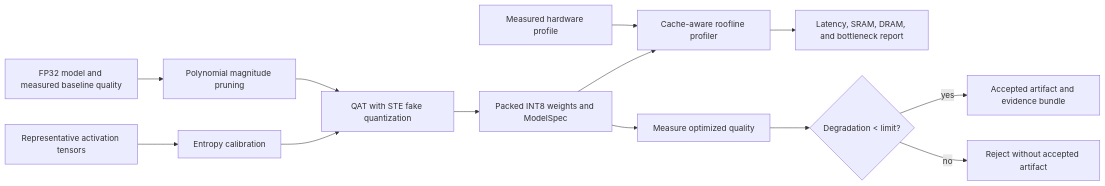
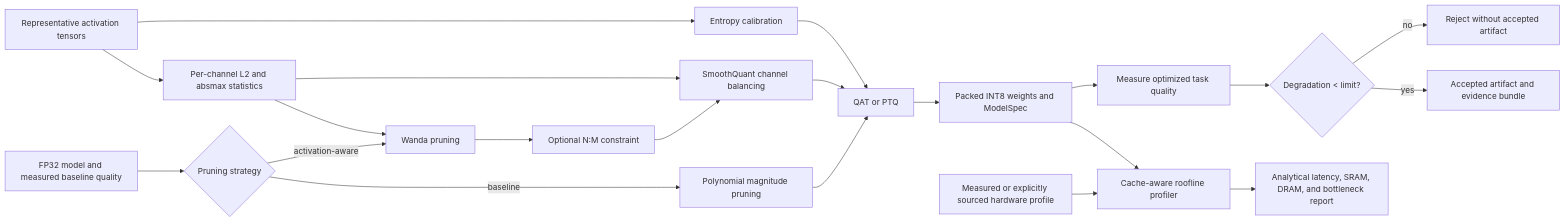
The diagram in docs/architecture.md (UllasP0707/Edge-Opt), drawn with Mermaid before and after one commit. The commit also changed other lines of this file and 5 other files, not shown here.

````diff
--- a/docs/architecture.md
+++ b/docs/architecture.md
@@ -10,15 +10,23 @@
 ```mermaid
 flowchart LR
-  A["FP32 model and measured baseline quality"] --> B["Polynomial magnitude pruning"]
-  B --> C["QAT with STE fake quantization"]
-  D["Representative activation tensors"] --> E["Entropy calibration"]
-  E --> C
-  C --> F["Packed INT8 weights and ModelSpec"]
-  G["Measured hardware profile"] --> H["Cache-aware roofline profiler"]
-  F --> H
-  H --> I["Latency, SRAM, DRAM, and bottleneck report"]
-  F --> J["Measure optimized quality"]
-  J --> K{"Degradation < limit?"}
-  K -->|yes| L["Accepted artifact and evidence bundle"]
-  K -->|no| M["Reject without accepted artifact"]
+  A["FP32 model and measured baseline quality"] --> B{"Pruning strategy"}
+  B -->|baseline| C["Polynomial magnitude pruning"]
+  B -->|activation-aware| D["Wanda pruning"]
+  E["Representative activation tensors"] --> F["Per-channel L2 and absmax statistics"]
+  F --> D
+  D --> G["Optional N:M constraint"]
+  F --> H["SmoothQuant channel balancing"]
+  C --> I["QAT or PTQ"]
+  G --> H
+  H --> I
+  E --> J["Entropy calibration"]
+  J --> I
+  I --> K["Packed INT8 weights and ModelSpec"]
+  L["Measured or explicitly sourced hardware profile"] --> M["Cache-aware roofline profiler"]
+  K --> M
+  M --> N["Analytical latency, SRAM, DRAM, and bottleneck report"]
+  K --> O["Measure optimized task quality"]
+  O --> P{"Degradation < limit?"}
+  P -->|yes| Q["Accepted artifact and evidence bundle"]
+  P -->|no| R["Reject without accepted artifact"]
 ```
````
